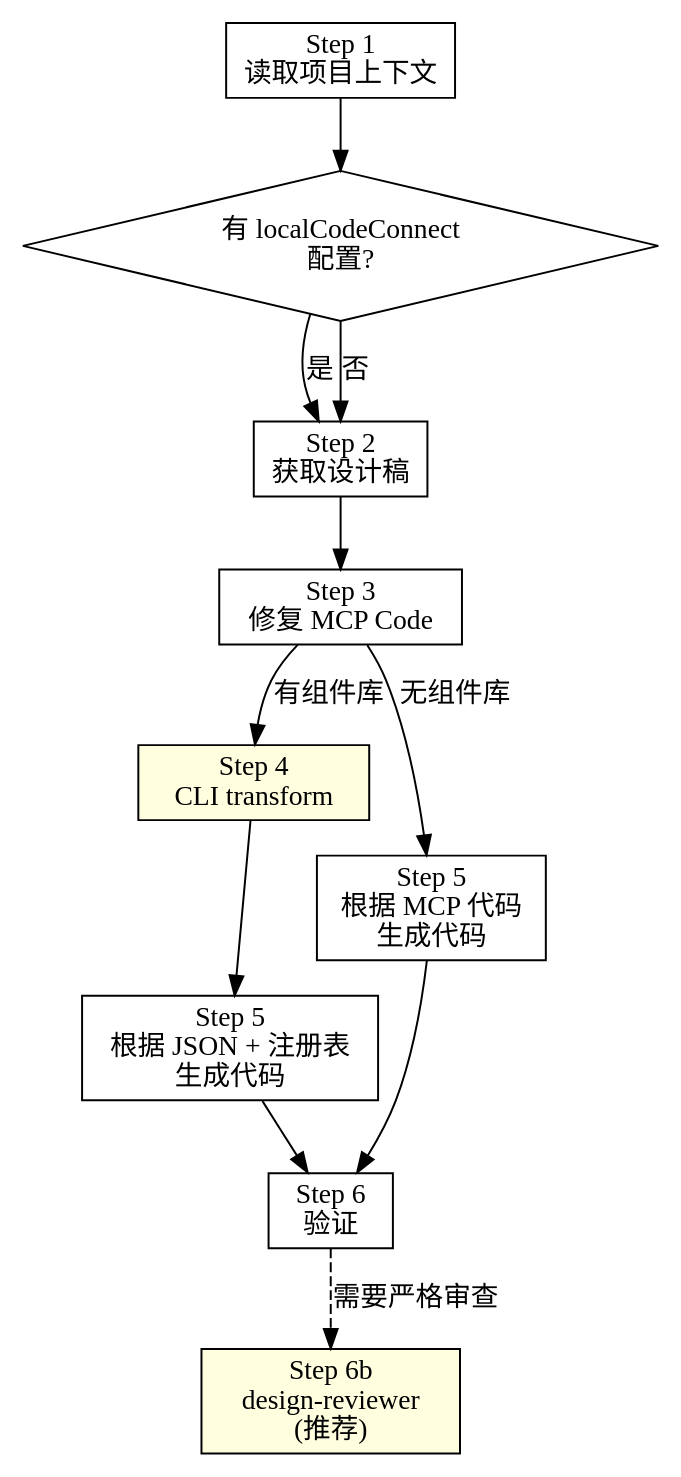
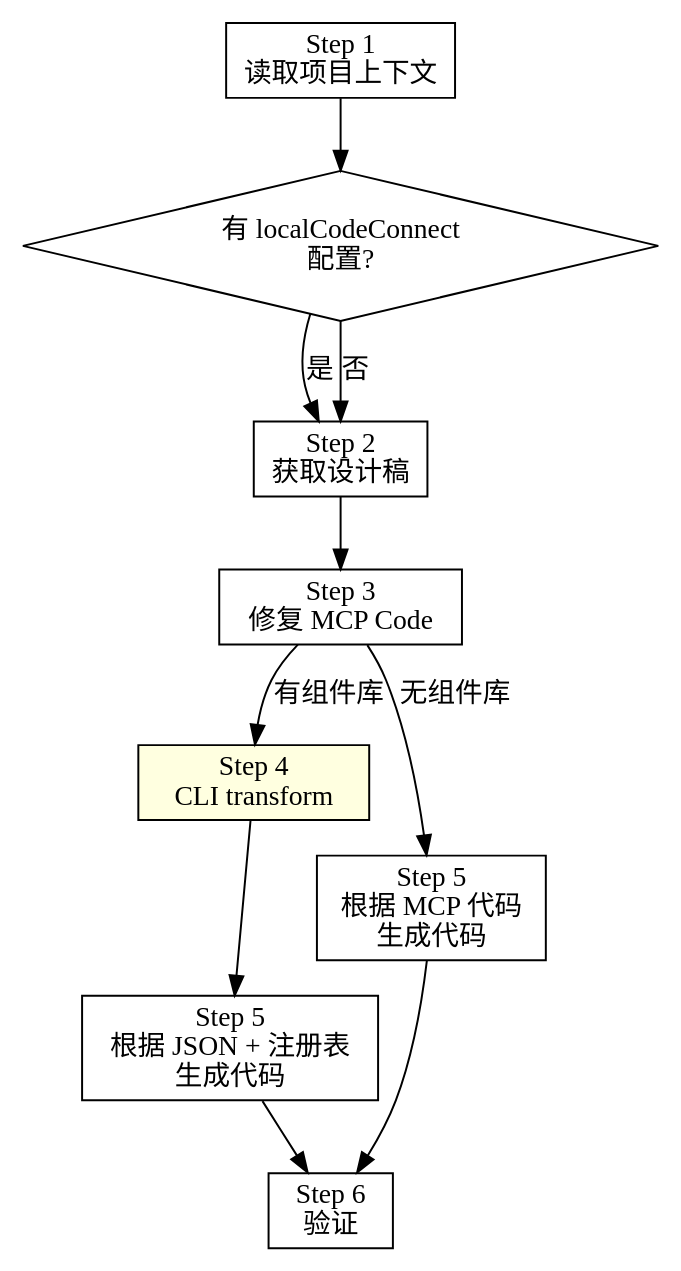
Before and after one commit to XRenSiu/claude-code-forge: the second of 2 diagrams in plugins/pdforge/skills/figma-to-code/SKILL.md, drawn with Graphviz. The commit also changed other lines of this file and 1 other file, not shown here.

````diff
--- a/plugins/pdforge/skills/figma-to-code/SKILL.md
+++ b/plugins/pdforge/skills/figma-to-code/SKILL.md
@@ -50,26 +50,24 @@
 ```dot
 digraph {
     rankdir=TB;
     
     s1 [label="Step 1\n读取项目上下文" shape=box];
     q1 [label="有 localCodeConnect\n配置?" shape=diamond];
     s2 [label="Step 2\n获取设计稿" shape=box];
     s3 [label="Step 3\n修复 MCP Code" shape=box];
     s4 [label="Step 4\nCLI transform" shape=box style=filled fillcolor=lightyellow];
     s5a [label="Step 5\n根据 JSON + 注册表\n生成代码" shape=box];
     s5b [label="Step 5\n根据 MCP 代码\n生成代码" shape=box];
     s6 [label="Step 6\n验证" shape=box];
-    s6b [label="Step 6b\ndesign-reviewer\n(推荐)" shape=box style=filled fillcolor=lightyellow];
     
     s1 -> q1;
     q1 -> s2 [label="是"];
     q1 -> s2 [label="否"];
     s2 -> s3;
     s3 -> s4 [label="有组件库"];
     s3 -> s5b [label="无组件库"];
     s4 -> s5a;
     s5a -> s6;
     s5b -> s6;
-    s6 -> s6b [label="需要严格审查" style=dashed];
 }
 ```
````
